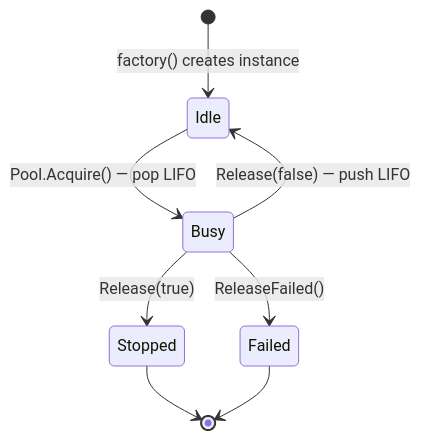
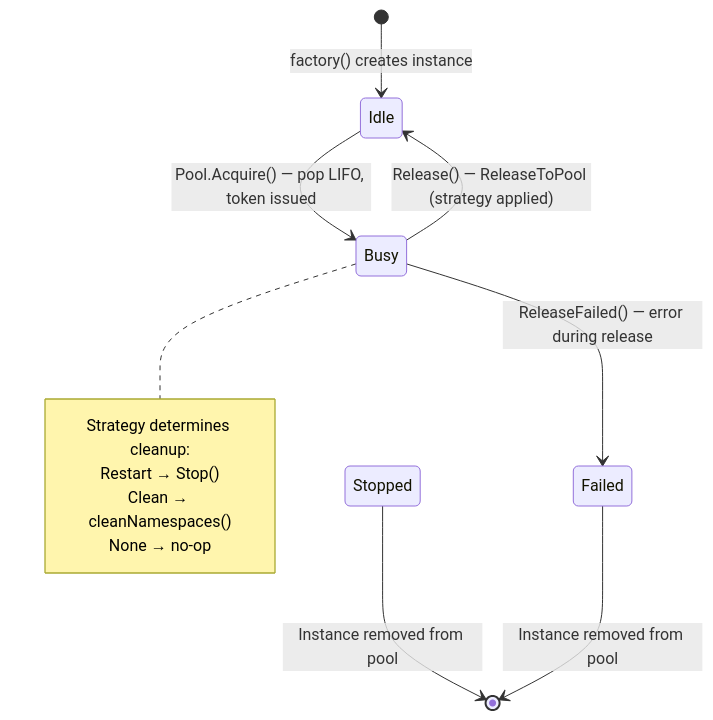
The fourth of 4 diagrams in docs/CODEBASE_MAP.md (giantswarm/k8senv), drawn with Mermaid before and after one commit. The commit also changed other lines of this file and 43 other files, not shown here.

````diff
--- a/docs/CODEBASE_MAP.md
+++ b/docs/CODEBASE_MAP.md
@@ -559,10 +653,16 @@
 ```mermaid
 stateDiagram-v2
     [*] --> Idle: factory() creates instance
-    Idle --> Busy: Pool.Acquire() — pop LIFO
-    Busy --> Idle: Release(false) — push LIFO
-    Busy --> Stopped: Release(true)
-    Busy --> Failed: ReleaseFailed()
-    Stopped --> [*]
-    Failed --> [*]
+    Idle --> Busy: Pool.Acquire() — pop LIFO, token issued
+    Busy --> Idle: Release() — ReleaseToPool (strategy applied)
+    Busy --> Failed: ReleaseFailed() — error during release
+    Stopped --> [*]: Instance removed from pool
+    Failed --> [*]: Instance removed from pool
+
+    note right of Busy
+        Strategy determines cleanup:
+        Restart → Stop()
+        Clean → cleanNamespaces()
+        None → no-op
+    end note
 ```
````
